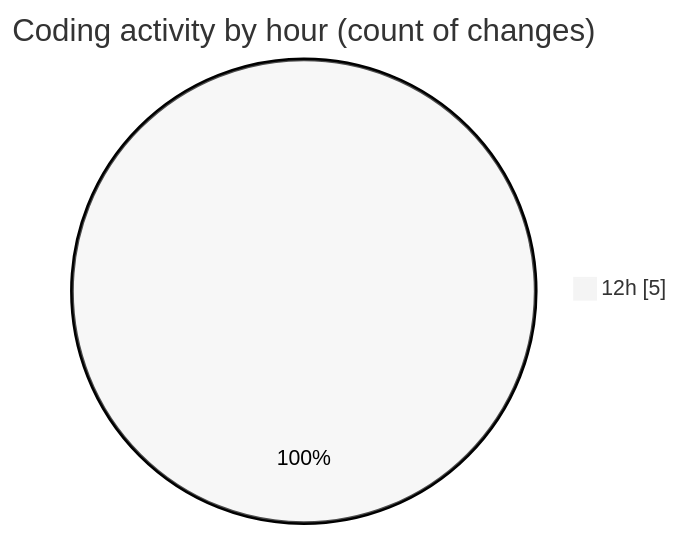
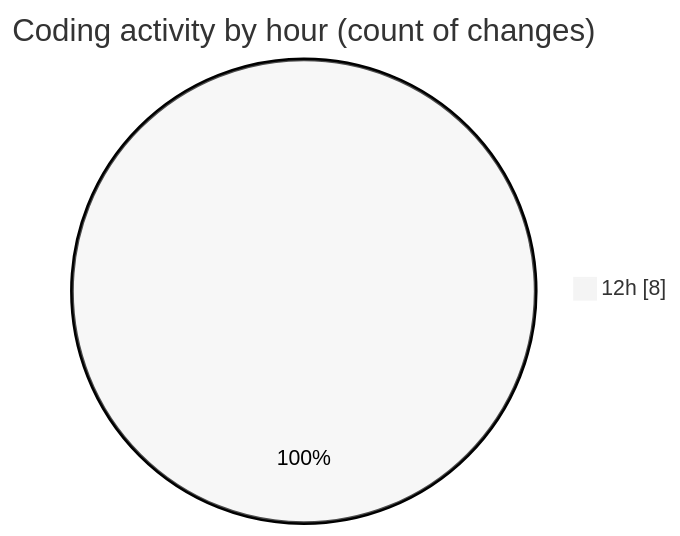
Before and after one commit to charlie-sans/code-tracking: the second of 2 diagrams in 2025-04-24/masm/README.md, drawn with Mermaid (neutral theme). The commit also changed other lines of this file and 1 other file, not shown here.

````diff
--- a/2025-04-24/masm/README.md
+++ b/2025-04-24/masm/README.md
@@ -29,5 +29,5 @@
 ```mermaid
 pie showData
 title Coding activity by hour (count of changes)
-"12h" : 5
+"12h" : 8
 ```
````
